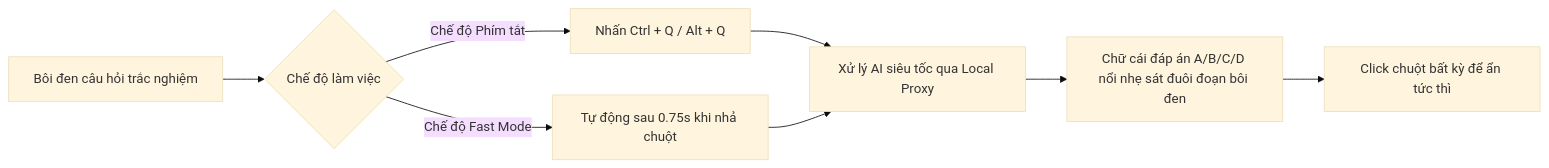
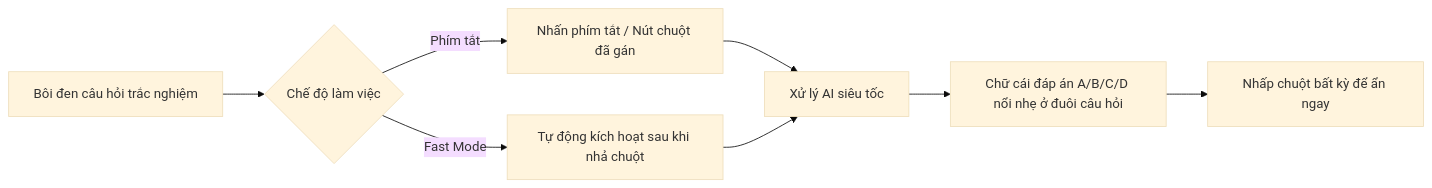
One commit to namtacozz/ViTai changed the diagram in README.md. Above: the diagram before and after it, drawn with Mermaid (base theme). The commit also changed other lines of this file and 11 other files, not shown here.

````diff
--- a/README.md
+++ b/README.md
@@ -90,10 +75,10 @@
 ```mermaid
 flowchart LR
     A[Bôi đen câu hỏi trắc nghiệm] --> B{Chế độ làm việc}
-    B -->|Chế độ Phím tắt| C[Nhấn Ctrl + Q / Alt + Q]
-    B -->|Chế độ Fast Mode| D[Tự động sau 0.75s khi nhả chuột]
-    C --> E[Xử lý AI siêu tốc qua Local Proxy]
+    B -->|Phím tắt| C[Nhấn phím tắt / Nút chuột đã gán]
+    B -->|Fast Mode| D[Tự động kích hoạt sau khi nhả chuột]
+    C --> E[Xử lý AI siêu tốc]
     D --> E
-    E --> F[Chữ cái đáp án A/B/C/D nổi nhẹ sát đuôi đoạn bôi đen]
-    F --> G[Click chuột bất kỳ để ẩn tức thì]
+    E --> F[Chữ cái đáp án A/B/C/D nổi nhẹ ở đuôi câu hỏi]
+    F --> G[Nhấp chuột bất kỳ để ẩn ngay]
 ```
````
